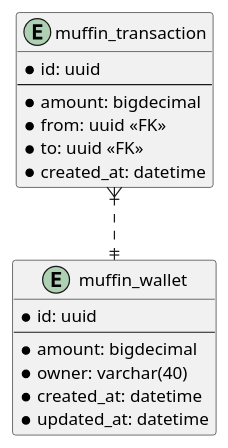
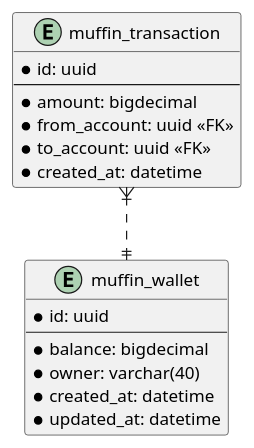
Before and after one commit to adan1lov/muffin-wallet: the diagram in README.md, drawn with PlantUML. The commit also changed 7 other files, not shown here.

````diff
--- a/README.md
+++ b/README.md
@@ -5,25 +5,25 @@
 ```plantuml
 @startuml E/R
 
 entity muffin_wallet {
     * id: uuid
     --
-    * amount: bigdecimal
+    * balance: bigdecimal
     * owner: varchar(40)
     * created_at: datetime
     * updated_at: datetime
 }
 
 entity muffin_transaction {
     * id: uuid
     --
     * amount: bigdecimal
-    * from: uuid <<FK>>
-    * to: uuid <<FK>>
+    * from_account: uuid <<FK>>
+    * to_account: uuid <<FK>>
     * created_at: datetime
 }
 
 muffin_transaction }|..|| muffin_wallet
 
 @enduml
 ```
````
